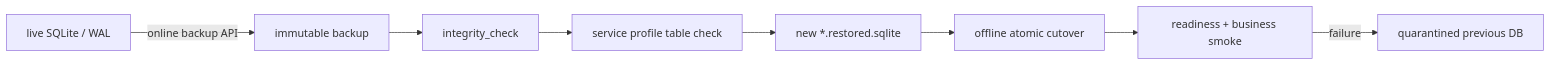
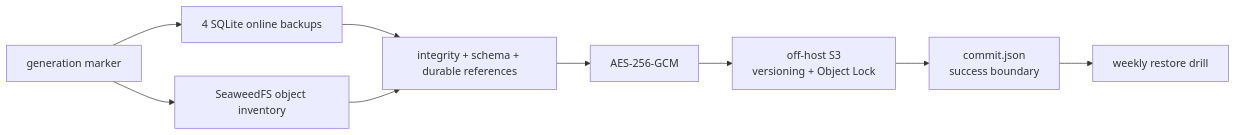
Before and after one commit to r4ai/news-podcast: the first of 3 diagrams in docs/operations/service-state-recovery.md, drawn with Mermaid. The commit also changed other lines of this file and 21 other files, not shown here.

First line of the commit message:
feat(ops): coordinate durable backup generations (#70)

````diff
--- a/docs/operations/service-state-recovery.md
+++ b/docs/operations/service-state-recovery.md
@@ -5,10 +5,11 @@
 ```mermaid
 flowchart LR
-  Live["live SQLite / WAL"] -->|"online backup API"| Archive["immutable backup"]
-  Archive --> I["integrity_check"]
-  I --> S["service profile table check"]
-  S --> R["new *.restored.sqlite"]
-  R --> C["offline atomic cutover"]
-  C --> H["readiness + business smoke"]
-  H -->|"failure"| Rollback["quarantined previous DB"]
+  Marker["generation marker"] --> DB["4 SQLite online backups"]
+  Marker --> Objects["SeaweedFS object inventory"]
+  DB --> Validate["integrity + schema + durable references"]
+  Objects --> Validate
+  Validate --> Encrypt["AES-256-GCM"]
+  Encrypt --> Remote["off-host S3<br/>versioning + Object Lock"]
+  Remote --> Commit["commit.json<br/>success boundary"]
+  Commit --> Drill["weekly restore drill"]
 ```
````
